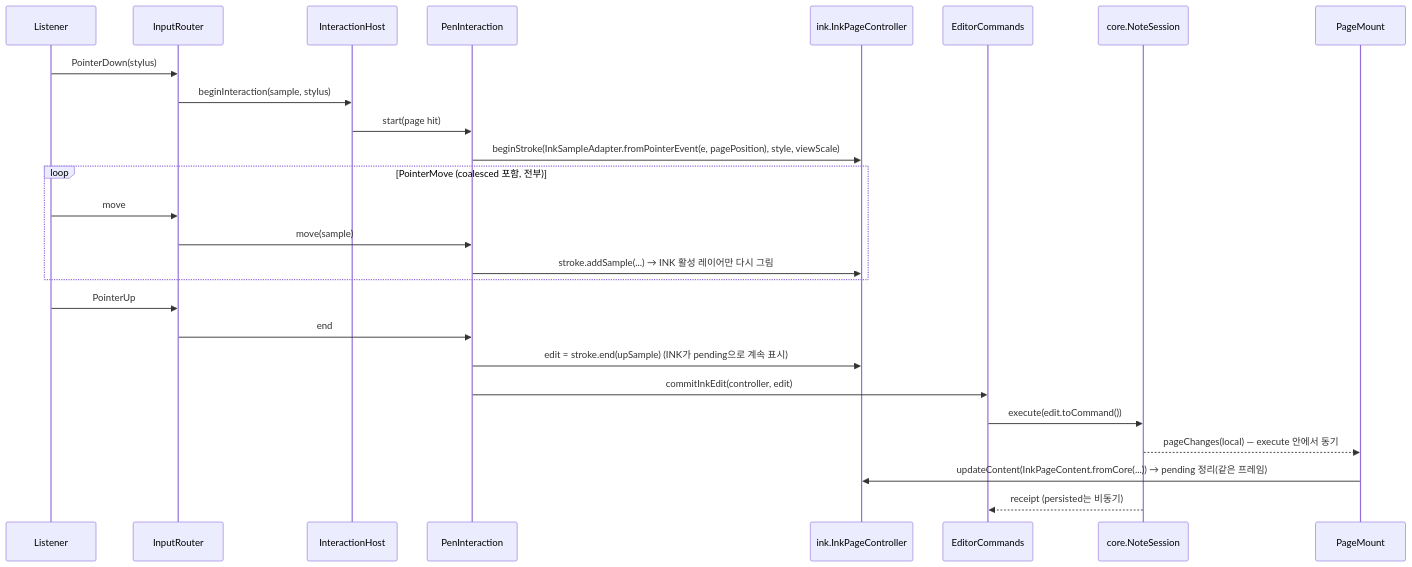
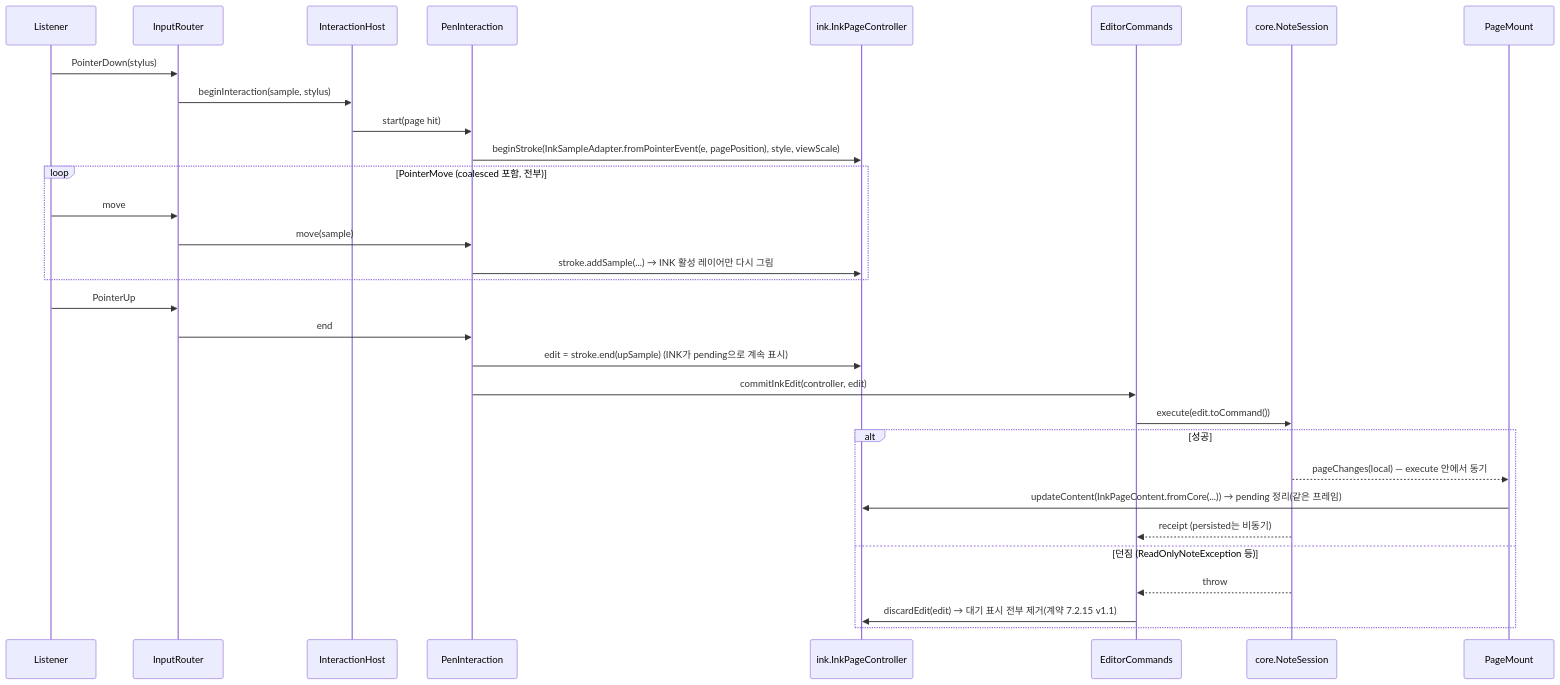
Before and after one commit to youngduckcrab/noteapp: the second of 3 diagrams in docs/plans/04-editor.md, drawn with Mermaid. The commit also changed other lines of this file and 8 other files, not shown here.

````diff
--- a/docs/plans/04-editor.md
+++ b/docs/plans/04-editor.md
@@ -1060,28 +1109,33 @@
 ```mermaid
 sequenceDiagram
   participant L as Listener
   participant R as InputRouter
   participant H as InteractionHost
   participant P as PenInteraction
   participant C as ink.InkPageController
   participant E as EditorCommands
   participant S as core.NoteSession
   participant M as PageMount
   L->>R: PointerDown(stylus)
   R->>H: beginInteraction(sample, stylus)
   H->>P: start(page hit)
   P->>C: beginStroke(InkSampleAdapter.fromPointerEvent(e, pagePosition), style, viewScale)
   loop PointerMove (coalesced 포함, 전부)
     L->>R: move
     R->>P: move(sample)
     P->>C: stroke.addSample(...) → INK 활성 레이어만 다시 그림
   end
   L->>R: PointerUp
   R->>P: end
   P->>C: edit = stroke.end(upSample) (INK가 pending으로 계속 표시)
   P->>E: commitInkEdit(controller, edit)
   E->>S: execute(edit.toCommand())
-  S-->>M: pageChanges(local) — execute 안에서 동기
-  M->>C: updateContent(InkPageContent.fromCore(...)) → pending 정리(같은 프레임)
-  S-->>E: receipt (persisted는 비동기)
+  alt 성공
+    S-->>M: pageChanges(local) — execute 안에서 동기
+    M->>C: updateContent(InkPageContent.fromCore(...)) → pending 정리(같은 프레임)
+    S-->>E: receipt (persisted는 비동기)
+  else 던짐 (ReadOnlyNoteException 등)
+    S-->>E: throw
+    E->>C: discardEdit(edit) → 대기 표시 전부 제거(계약 7.2.15 v1.1)
+  end
 ```
````
